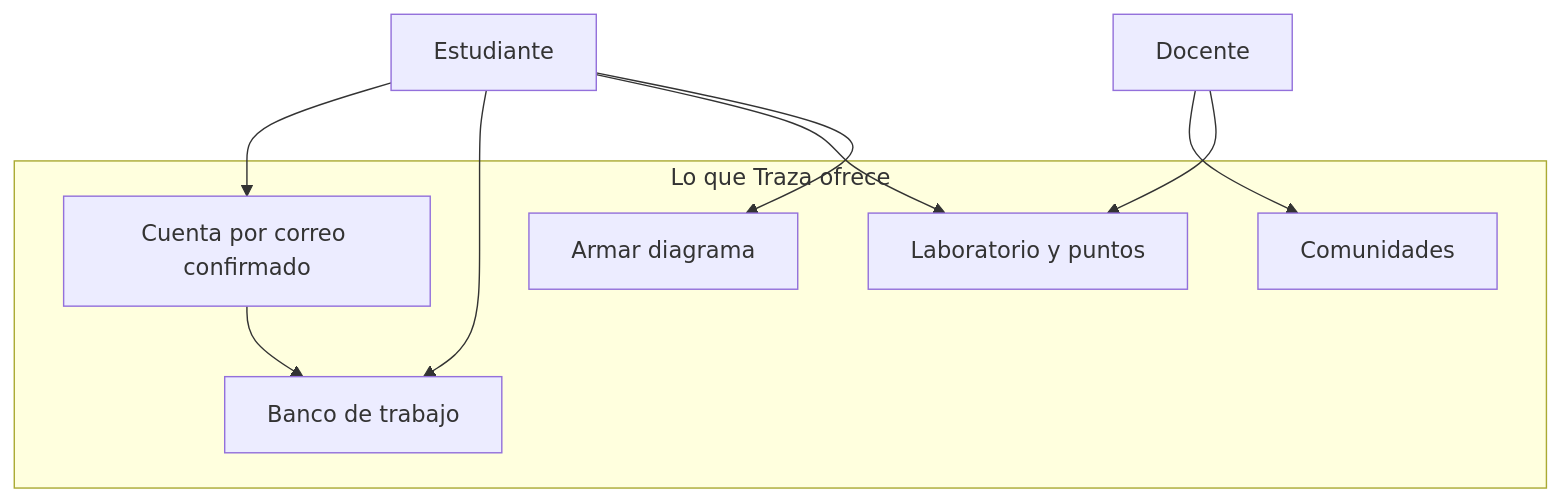
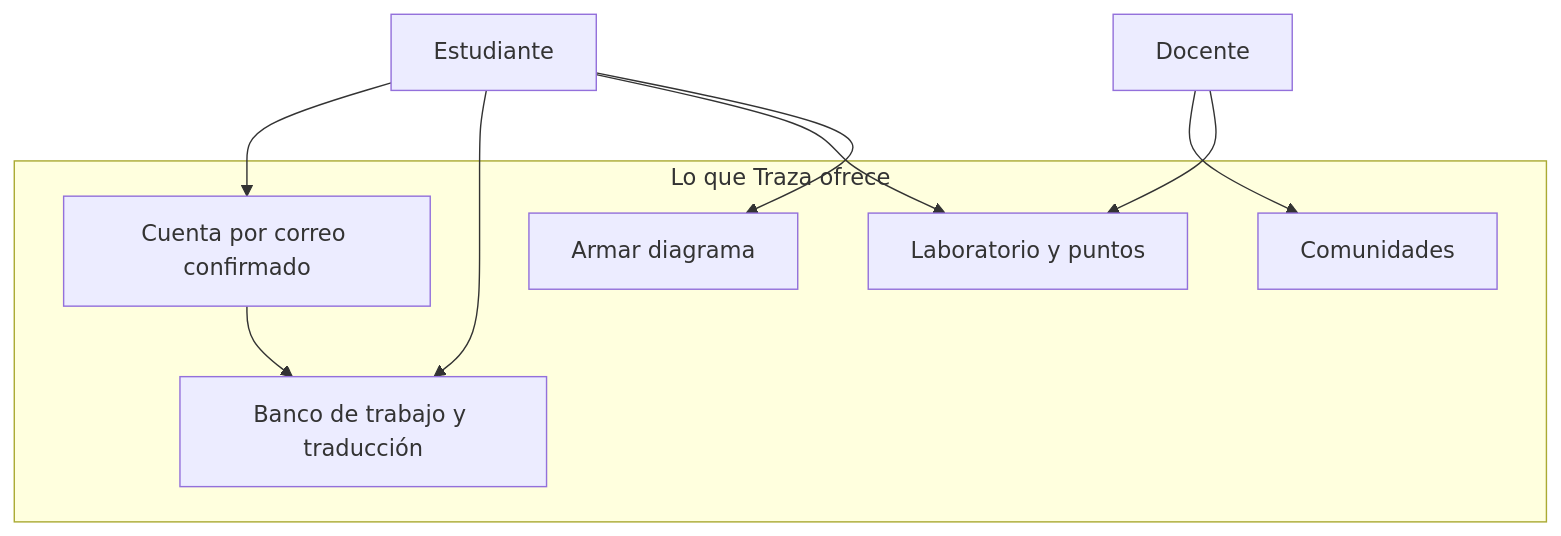
Before and after one commit to roque-code/FCDesign_client_server: the diagram in docs/vistas/arquitectura-de-negocio.md, drawn with Mermaid. The commit also changed other lines of this file and 62 other files, not shown here.

````diff
--- a/docs/vistas/arquitectura-de-negocio.md
+++ b/docs/vistas/arquitectura-de-negocio.md
@@ -17,17 +17,17 @@
 ```mermaid
 flowchart TB
     subgraph oferta [Lo que Traza ofrece]
         cuenta[Cuenta por correo confirmado]
-        editor[Banco de trabajo]
+        editor[Banco de trabajo y traducción]
         lab[Laboratorio y puntos]
         aula[Comunidades]
         figura[Armar diagrama]
     end
     estudiante[Estudiante] --> cuenta
     estudiante --> editor
     estudiante --> lab
     estudiante --> figura
     docente[Docente] --> aula
     docente --> lab
     cuenta --> editor
 ```
````
